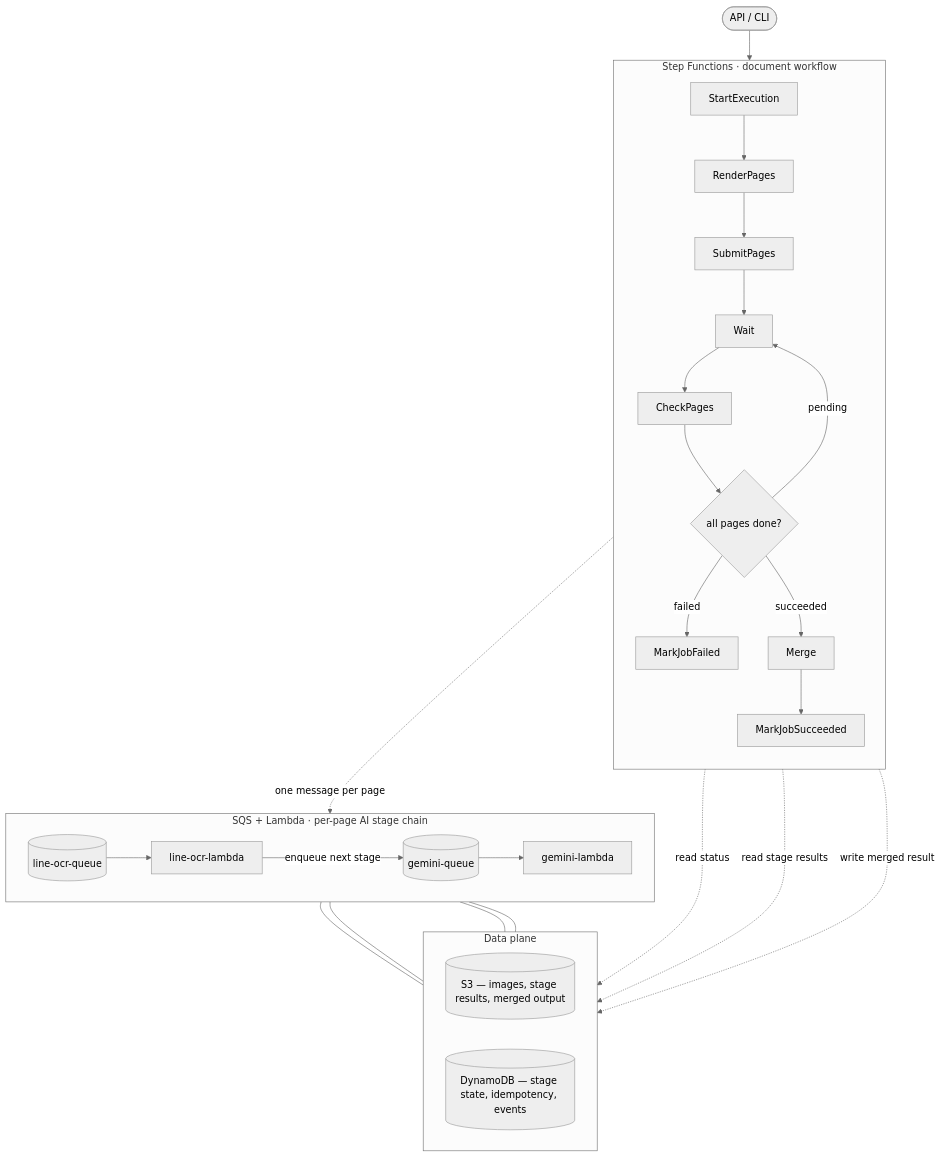
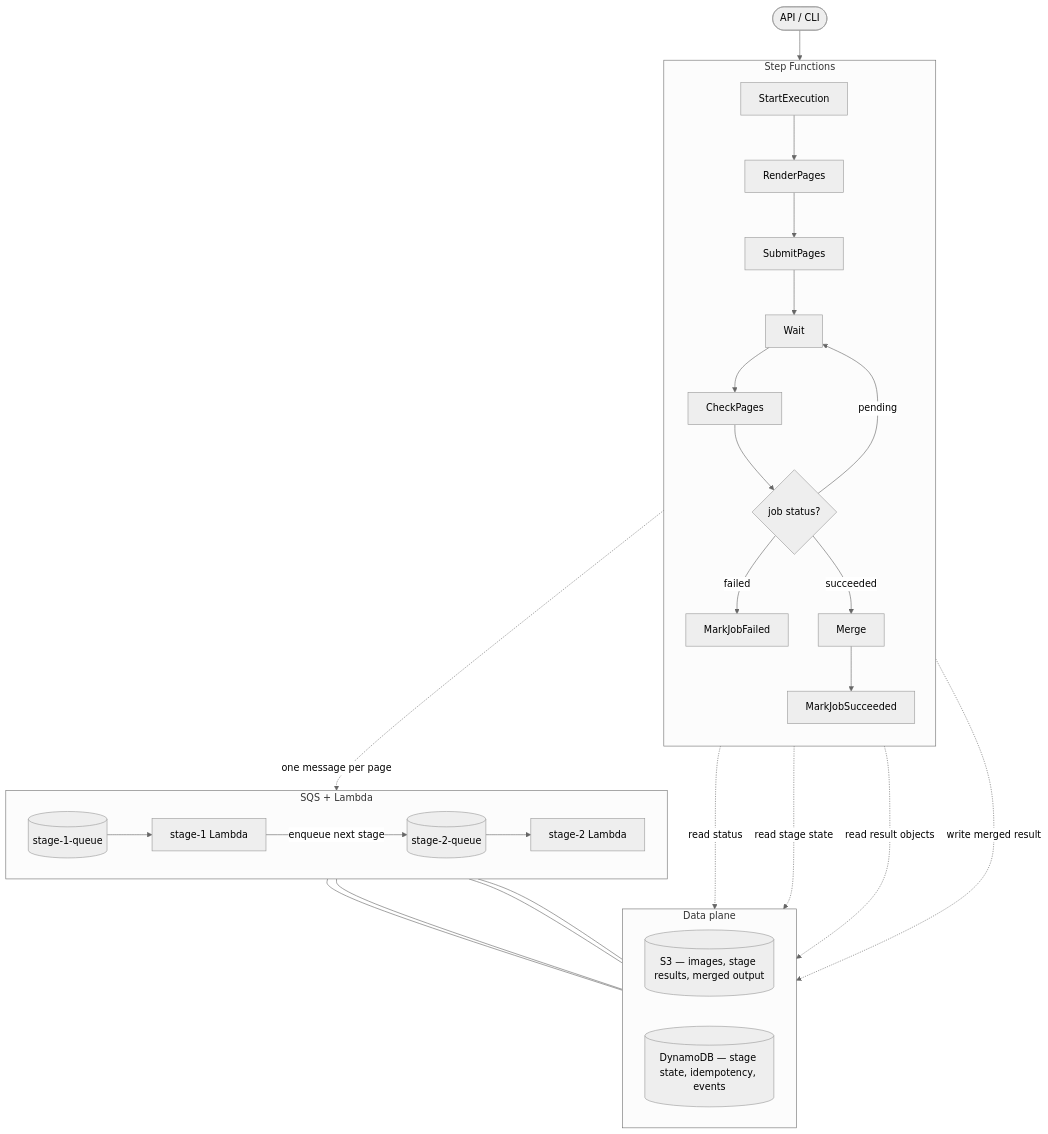
The diagram in README.md (keix/lady-glass), drawn with Mermaid (neutral theme) before and after one commit. The commit also changed other lines of this file, not shown here.

````diff
--- a/README.md
+++ b/README.md
@@ -15,40 +16,41 @@
 ```mermaid
 flowchart TB
     User([API / CLI]) --> StartExec[StartExecution]
 
-    subgraph SFN["Step Functions · document workflow"]
+    subgraph SFN["Step Functions"]
         direction TB
         StartExec --> RenderPages
         RenderPages --> SubmitPages
         SubmitPages --> WaitLoop[Wait]
         WaitLoop --> CheckPages
-        CheckPages --> Choice{all pages done?}
+        CheckPages --> Choice{job status?}
         Choice -- pending --> WaitLoop
         Choice -- failed --> MarkFailed[MarkJobFailed]
         Choice -- succeeded --> Merge
         Merge --> MarkSucceeded[MarkJobSucceeded]
     end
 
-    subgraph CHAIN["SQS + Lambda · per-page AI stage chain"]
+    subgraph CHAIN["SQS + Lambda"]
         direction LR
-        LineQ[(line-ocr-queue)] --> LineL[line-ocr-lambda]
-        LineL -- enqueue next stage --> GeminiQ[(gemini-queue)]
-        GeminiQ --> GeminiL[gemini-lambda]
+        Q1[(stage-1-queue)] --> L1[stage-1 Lambda]
+        L1 -- enqueue next stage --> Q2[(stage-2-queue)]
+        Q2 --> L2[stage-2 Lambda]
     end
 
     subgraph DATA["Data plane"]
         direction LR
         S3[(S3 — images, stage results, merged output)]
         DDB[(DynamoDB — stage state, idempotency, events)]
     end
 
-    SubmitPages -. one message per page .-> LineQ
+    SubmitPages -. one message per page .-> Q1
     CheckPages -. read status .-> DDB
-    Merge -. read stage results .-> DDB
+    Merge -. read stage state .-> DDB
+    Merge -. read result objects .-> S3
     Merge -. write merged result .-> S3
 
-    LineL --- S3
-    LineL --- DDB
-    GeminiL --- S3
-    GeminiL --- DDB
+    L1 --- S3
+    L1 --- DDB
+    L2 --- S3
+    L2 --- DDB
 ```
````
